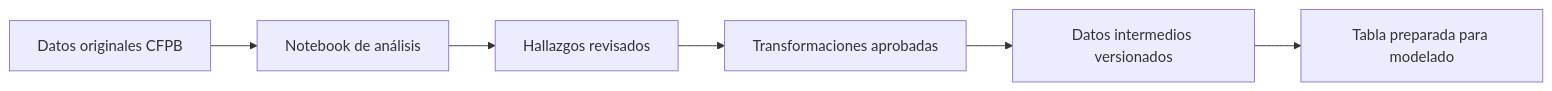
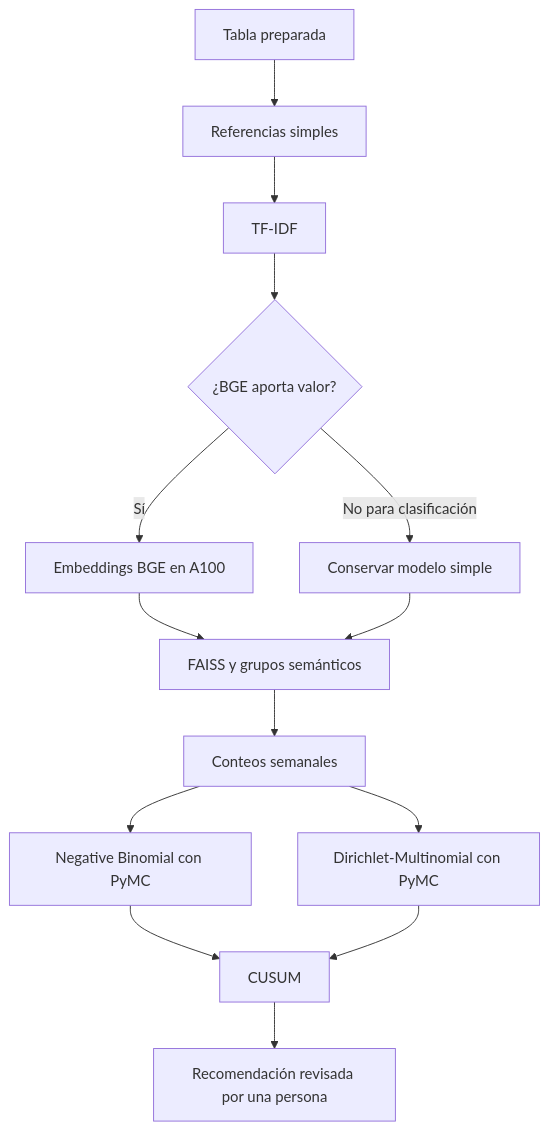
One commit to Codenid/capstone-claims-triage changed the diagram in README.md. Above: the diagram before and after it, drawn with Mermaid. The commit also changed other lines of this file, not shown here.

````diff
--- a/README.md
+++ b/README.md
@@ -92,8 +89,16 @@
 ```mermaid
-flowchart LR
-    A[Datos originales CFPB] --> B[Notebook de análisis]
-    B --> C[Hallazgos revisados]
-    C --> D[Transformaciones aprobadas]
-    D --> E[Datos intermedios versionados]
-    E --> F[Tabla preparada para modelado]
+flowchart TD
+    A[Tabla preparada] --> B[Referencias simples]
+    B --> C[TF-IDF]
+    C --> D{¿BGE aporta valor?}
+    D -->|Sí| E[Embeddings BGE en A100]
+    D -->|No para clasificación| F[Conservar modelo simple]
+    E --> G[FAISS y grupos semánticos]
+    F --> G
+    G --> H[Conteos semanales]
+    H --> I[Negative Binomial con PyMC]
+    H --> J[Dirichlet-Multinomial con PyMC]
+    I --> K[CUSUM]
+    J --> K
+    K --> L[Recomendación revisada por una persona]
 ```
````
